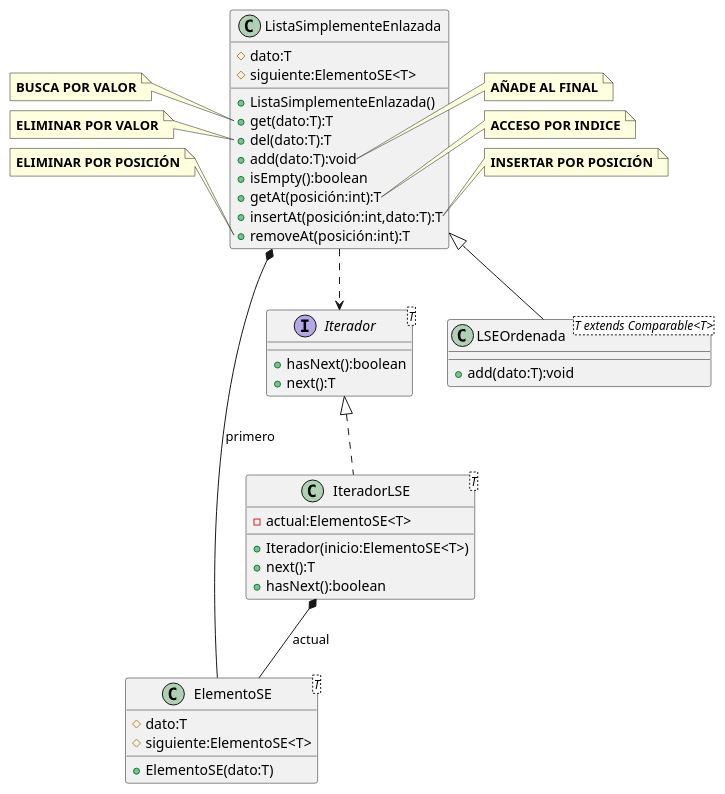
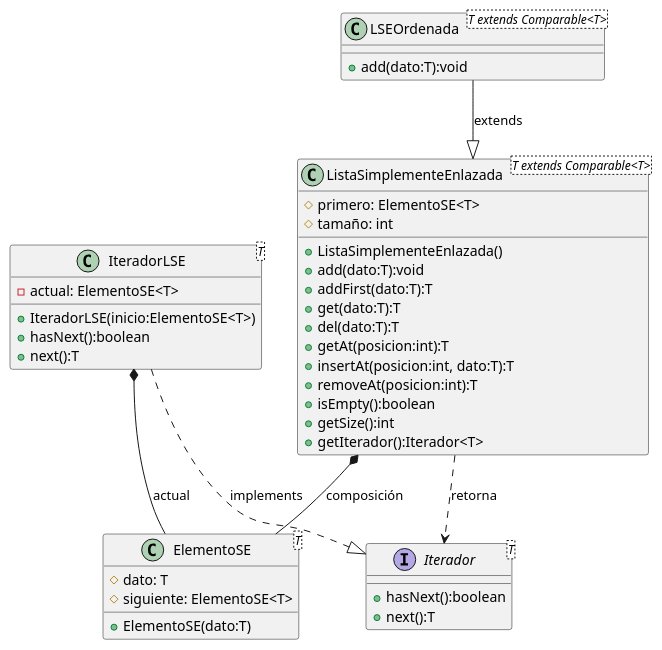
Before and after one commit to hugob-gl07/Estructura-Datos-Equipo: the diagram in src/EstructurasdeDatos/LSE/ListaSimplementeEnlazada/Diagrama LSE.puml, drawn with PlantUML. The commit also changed 40 other files, not shown here.

```diff
--- a/src/EstructurasdeDatos/LSE/ListaSimplementeEnlazada/Diagrama LSE.puml
+++ b/src/EstructurasdeDatos/LSE/ListaSimplementeEnlazada/Diagrama LSE.puml
@@ -1,60 +1,41 @@
 @startuml
-class ElementoSE<T>{
-    # dato:T
-    # siguiente:ElementoSE<T>
-    + ElementoSE(dato:T)
-}
-interface Iterador<T>{
+
+interface Iterador<T> {
     + hasNext():boolean
     + next():T
 }
-class IteradorLSE<T> implements Iterador<T>{
-    - actual:ElementoSE<T>
-    + Iterador(inicio:ElementoSE<T>)
+class ElementoSE<T> {
+    # dato: T
+    # siguiente: ElementoSE<T>
+    + ElementoSE(dato:T)
+}
+class IteradorLSE<T> {
+    - actual: ElementoSE<T>
+    + IteradorLSE(inicio:ElementoSE<T>)
+    + hasNext():boolean
     + next():T
-    + hasNext():boolean
 }
-class ListaSimplementeEnlazada{
-    # dato:T
-    # siguiente:ElementoSE<T>
+class ListaSimplementeEnlazada<T extends Comparable<T>> {
+    # primero: ElementoSE<T>
+    # tamaño: int
     + ListaSimplementeEnlazada()
+    + add(dato:T):void
+    + addFirst(dato:T):T
     + get(dato:T):T
     + del(dato:T):T
-    + add(dato:T):void
+    + getAt(posicion:int):T
+    + insertAt(posicion:int, dato:T):T
+    + removeAt(posicion:int):T
     + isEmpty():boolean
-    + getAt(posición:int):T
-    + insertAt(posición:int,dato:T):T
-    + removeAt(posición:int):T
+    + getSize():int
+    + getIterador():Iterador<T>
 }
-class LSEOrdenada<T extends Comparable<T>> extends ListaSimplementeEnlazada<T>{
+class LSEOrdenada<T extends Comparable<T>> {
     + add(dato:T):void
 }
-ListaSimplementeEnlazada *-- ElementoSE: primero
-IteradorLSE *-- ElementoSE:actual
-ListaSimplementeEnlazada ..> Iterador
-
-note left of ListaSimplementeEnlazada::get(dato:T)
-**BUSCA POR VALOR**
-end note
-
-note left of ListaSimplementeEnlazada::del(dato:T)
-**ELIMINAR POR VALOR**
-end note
-
-note right of ListaSimplementeEnlazada::add(dato:T)
-**AÑADE AL FINAL**
-end note
-
-note right of ListaSimplementeEnlazada::getAt(posición:int)
-**ACCESO POR INDICE**
-end note
-
-note right of ListaSimplementeEnlazada::insertAt
-**INSERTAR POR POSICIÓN**
-end note
-
-note left of ListaSimplementeEnlazada::removeAt
-**ELIMINAR POR POSICIÓN**
-end note
-
+IteradorLSE ..|> Iterador : implements
+LSEOrdenada --|> ListaSimplementeEnlazada : extends
+ListaSimplementeEnlazada *-- ElementoSE : composición
+IteradorLSE *-right- ElementoSE : actual
+ListaSimplementeEnlazada ..> Iterador : retorna
 @enduml
```
